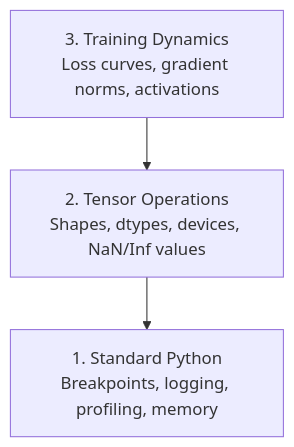
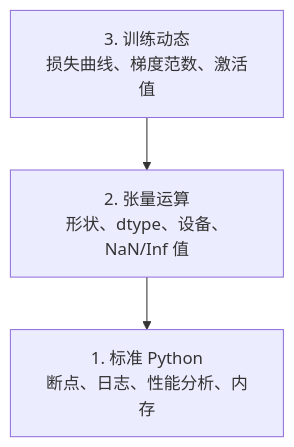
One commit to alessandrodinisio-ai/ai-engineering-learning-framework changed the diagram in phases/00-setup-and-tooling/12-debugging-and-profiling/docs/zh.md. Above: the diagram before and after it, drawn with Mermaid. The commit also changed 120 other files, not shown here.

First line of the commit message:
i18n(mermaid): 337 个 mermaid 图表标签中文化

````diff
--- a/phases/00-setup-and-tooling/12-debugging-and-profiling/docs/zh.md
+++ b/phases/00-setup-and-tooling/12-debugging-and-profiling/docs/zh.md
@@ -27,6 +27,6 @@
 ```mermaid
 graph TD
-    L3["3. Training Dynamics<br/>Loss curves, gradient norms, activations"] --> L2
-    L2["2. Tensor Operations<br/>Shapes, dtypes, devices, NaN/Inf values"] --> L1
-    L1["1. Standard Python<br/>Breakpoints, logging, profiling, memory"]
+    L3["3. 训练动态<br/>损失曲线、梯度范数、激活值"] --> L2
+    L2["2. 张量运算<br/>形状、dtype、设备、NaN/Inf 值"] --> L1
+    L1["1. 标准 Python<br/>断点、日志、性能分析、内存"]
 ```
````
